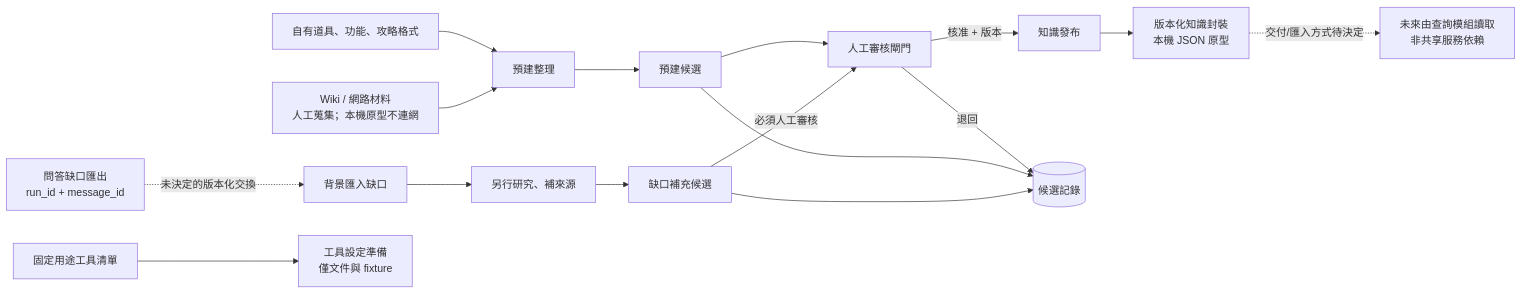
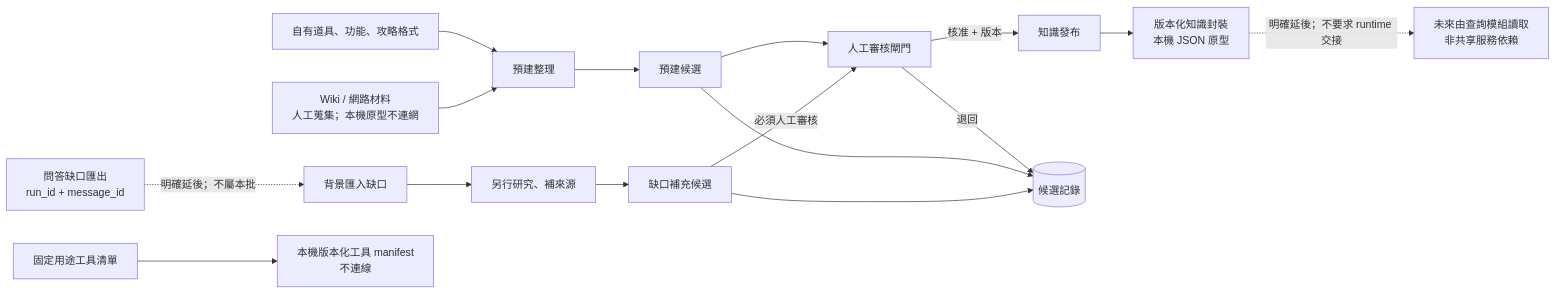
The second of 4 diagrams in docs/architecture.md (HGPT-StreamSuite/ssr-system-assembly), drawn with Mermaid before and after one commit. The commit also changed other lines of this file and 7 other files, not shown here.

````diff
--- a/docs/architecture.md
+++ b/docs/architecture.md
@@ -61,21 +61,21 @@
 ```mermaid
 flowchart LR
     OwnSources[自有道具、功能、攻略格式] --> Prebuild[預建整理]
     WikiSources[Wiki / 網路材料<br/>人工蒐集；本機原型不連網] --> Prebuild
     Prebuild --> PreCandidate[預建候選]
 
-    GapExport[問答缺口匯出<br/>run_id + message_id] -. 未決定的版本化交換 .-> GapImport[背景匯入缺口]
+    GapExport[問答缺口匯出<br/>run_id + message_id] -. 明確延後；不屬本批 .-> GapImport[背景匯入缺口]
     GapImport --> Research[另行研究、補來源]
     Research --> GapCandidate[缺口補充候選]
 
     PreCandidate --> Review[人工審核閘門]
     GapCandidate -->|必須人工審核| Review
     Review -->|核准 + 版本| Publish[知識發布]
     Review -->|退回| CandidateStore[(候選記錄)]
     PreCandidate --> CandidateStore
     GapCandidate --> CandidateStore
     Publish --> Versioned[版本化知識封裝<br/>本機 JSON 原型]
-    Versioned -. 交付/匯入方式待決定 .-> QueryModules[未來由查詢模組讀取<br/>非共享服務依賴]
+    Versioned -. 明確延後；不要求 runtime 交接 .-> QueryModules[未來由查詢模組讀取<br/>非共享服務依賴]
 
-    ToolSources[固定用途工具清單] --> ToolPrep[工具設定準備<br/>僅文件與 fixture]
+    ToolSources[固定用途工具清單] --> ToolPrep[本機版本化工具 manifest<br/>不連線]
 ```
````
